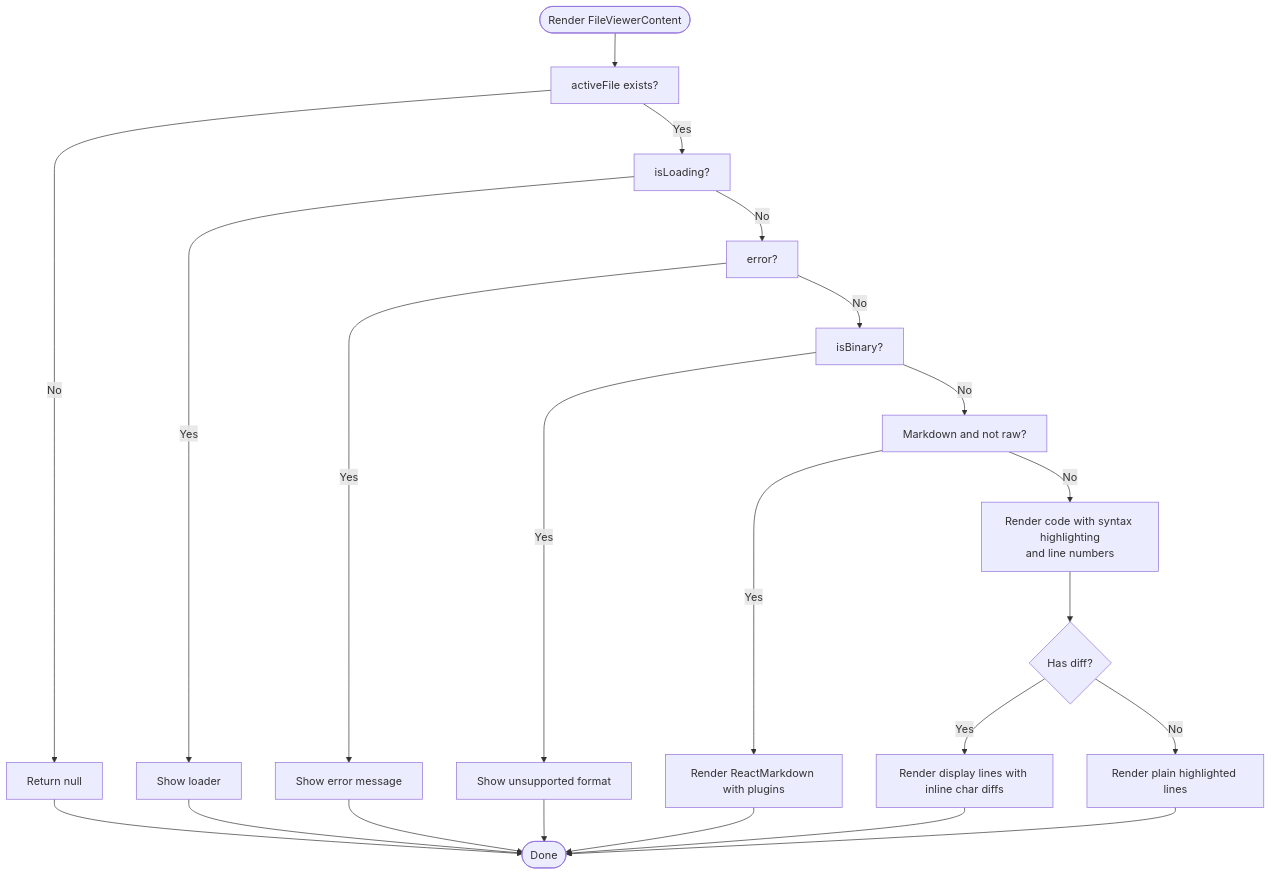
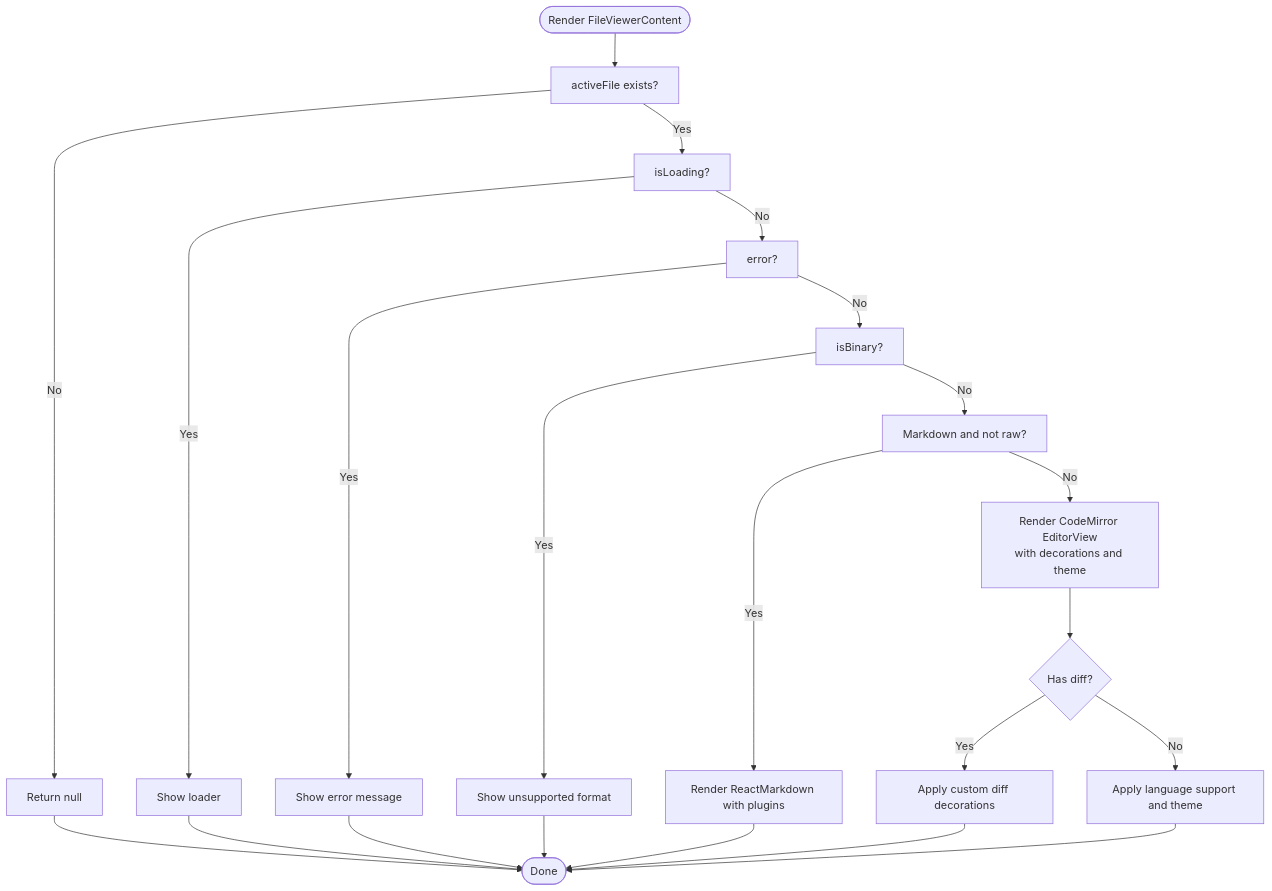
The fifth of 10 diagrams in .qoder/repowiki/en/content/Frontend Application/UI Components/File Viewer Components.md (v0lka/c0wrk), drawn with Mermaid before and after one commit. The commit also changed other lines of this file and 3 other files, not shown here.

````diff
--- a/.qoder/repowiki/en/content/Frontend Application/UI Components/File Viewer Components.md
+++ b/.qoder/repowiki/en/content/Frontend Application/UI Components/File Viewer Components.md
@@ -214,24 +236,24 @@
 ```mermaid
 flowchart TD
 Start(["Render FileViewerContent"]) --> CheckActive["activeFile exists?"]
 CheckActive --> |No| Null["Return null"]
 CheckActive --> |Yes| CheckLoading["isLoading?"]
 CheckLoading --> |Yes| Loading["Show loader"]
 CheckLoading --> |No| CheckError["error?"]
 CheckError --> |Yes| ShowError["Show error message"]
 CheckError --> |No| CheckBinary["isBinary?"]
 CheckBinary --> |Yes| BinaryMsg["Show unsupported format"]
 CheckBinary --> |No| DecideMode["Markdown and not raw?"]
 DecideMode --> |Yes| Markdown["Render ReactMarkdown with plugins"]
-DecideMode --> |No| Raw["Render code with syntax highlighting<br/>and line numbers"]
-Raw --> Diffs{"Has diff?"}
-Diffs --> |Yes| DiffLines["Render display lines with inline char diffs"]
-Diffs --> |No| PlainLines["Render plain highlighted lines"]
+DecideMode --> |No| CodeMirror["Render CodeMirror EditorView<br/>with decorations and theme"]
+CodeMirror --> Diffs{"Has diff?"}
+Diffs --> |Yes| DiffDecorations["Apply custom diff decorations"]
+Diffs --> |No| PlainCM["Apply language support and theme"]
 Markdown --> End(["Done"])
-DiffLines --> End
-PlainLines --> End
+DiffDecorations --> End
+PlainCM --> End
 Loading --> End
 ShowError --> End
 BinaryMsg --> End
 Null --> End
 ```
````
